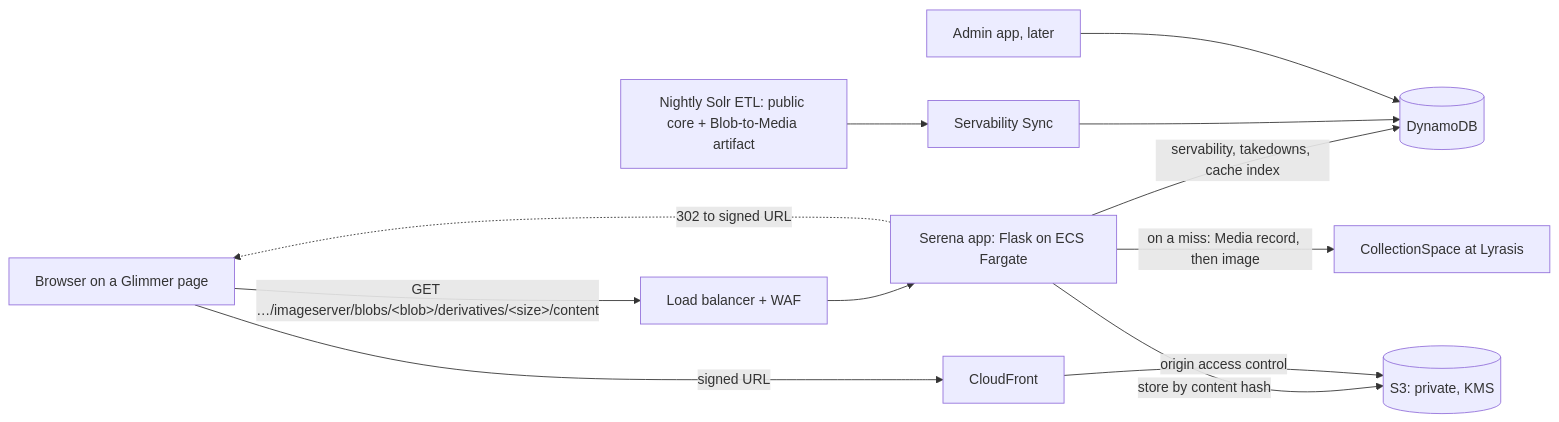
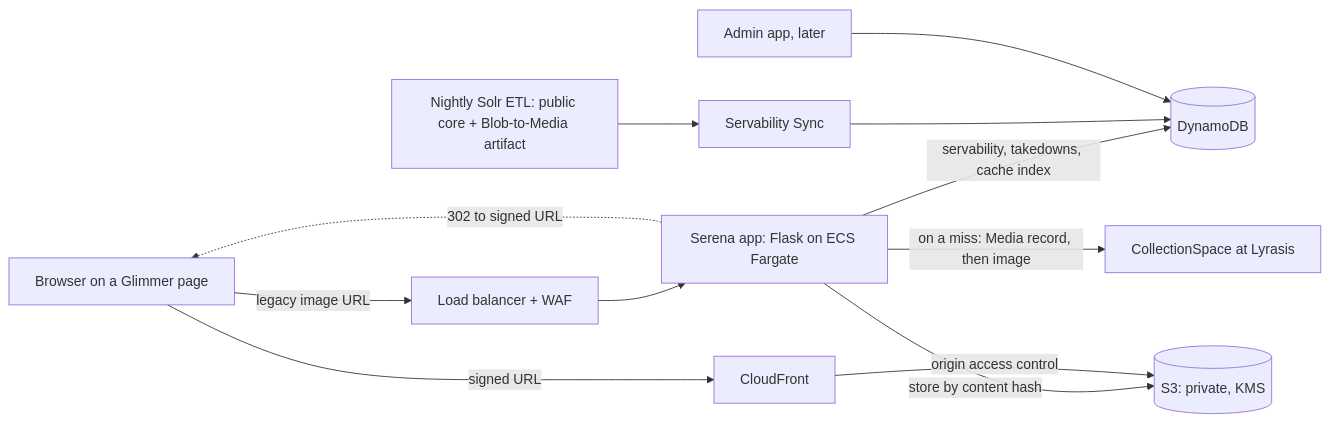
Before and after one commit to ets-berkeley-edu/cspace-media-server: the first of 2 diagrams in docs/design.md, drawn with Mermaid. The commit also changed other lines of this file, not shown here.

````diff
--- a/docs/design.md
+++ b/docs/design.md
@@ -108,14 +111,14 @@
 ```mermaid
 flowchart LR
-  B[Browser on a Glimmer page] -->|"GET …/imageserver/blobs/&lt;blob&gt;/derivatives/&lt;size&gt;/content"| A[Load balancer + WAF]
+  B[Browser on a Glimmer page] -->|legacy image URL| A[Load balancer + WAF]
   A --> S[Serena app: Flask on ECS Fargate]
   S -->|servability, takedowns, cache index| D[(DynamoDB)]
   S -->|on a miss: Media record, then image| C[CollectionSpace at Lyrasis]
   S -->|store by content hash| K[(S3: private, KMS)]
   S -.->|302 to signed URL| B
   B -->|signed URL| F[CloudFront]
   F -->|origin access control| K
   E[Nightly Solr ETL: public core + Blob-to-Media artifact] --> Y[Servability Sync]
   Y --> D
   M[Admin app, later] --> D
 ```
````
